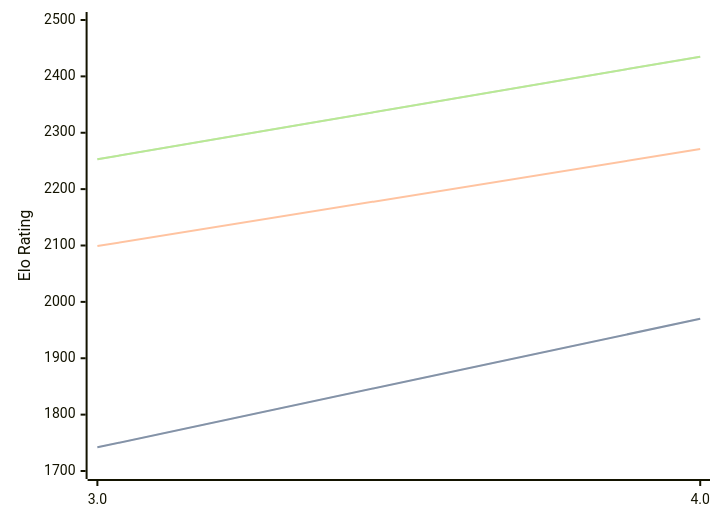
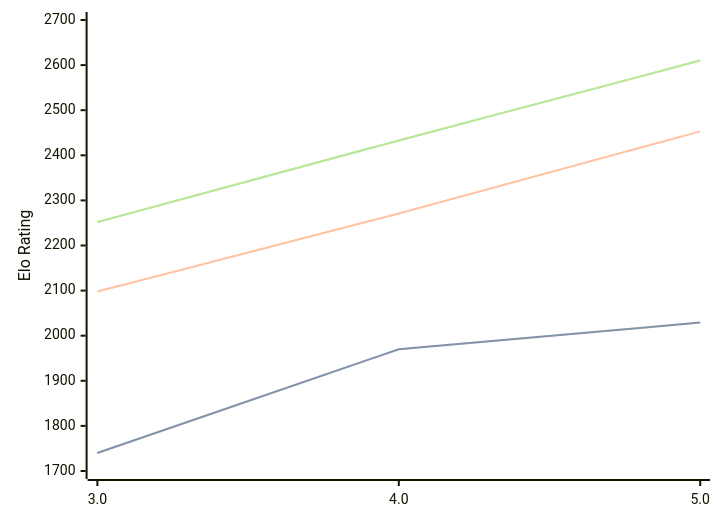
Before and after one commit to computer-chess-index/cci: the diagram in engines/Pea.md, drawn with Mermaid. The commit also changed other lines of this file, not shown here.

Commit message:
Update CCI Ratings (ELO VLTC) - 2026-04-17

````diff
--- a/engines/Pea.md
+++ b/engines/Pea.md
@@ -35,11 +35,11 @@
 ```mermaid
 %%{init: {"theme":"base","themeVariables":{"seriesColors:['#a3a3a3','#222221','#faa371']}}}%%
 xychart-beta
-  x-axis ["3.0", "4.0"]
-  y-axis "Elo Rating" 1700 --> 2500
-  line "STC (8.0+0.08s)" [1742, 1970]
-  line "STC (8.0+0.08s)" [1742, 1970]
-  line "LTC (60.0+0.60s)" [2099, 2271]
-  line "VLTC (2m24s+1.12s)" [2253, 2435]
-  line "VLTC (2m24s+1.12s)" [2253, 2435]
+  x-axis ["3.0", "4.0", "5.0"]
+  y-axis "Elo Rating" 1700 --> 2700
+  line "STC (8.0+0.08s)" [1740, 1970, 2029]
+  line "STC (8.0+0.08s)" [1740, 1970, 2029]
+  line "LTC (60.0+0.60s)" [2098, 2271, 2453]
+  line "VLTC (2m24s+1.12s)" [2252, 2433, 2610]
+  line "VLTC (2m24s+1.12s)" [2252, 2433, 2610]
 ```
````
